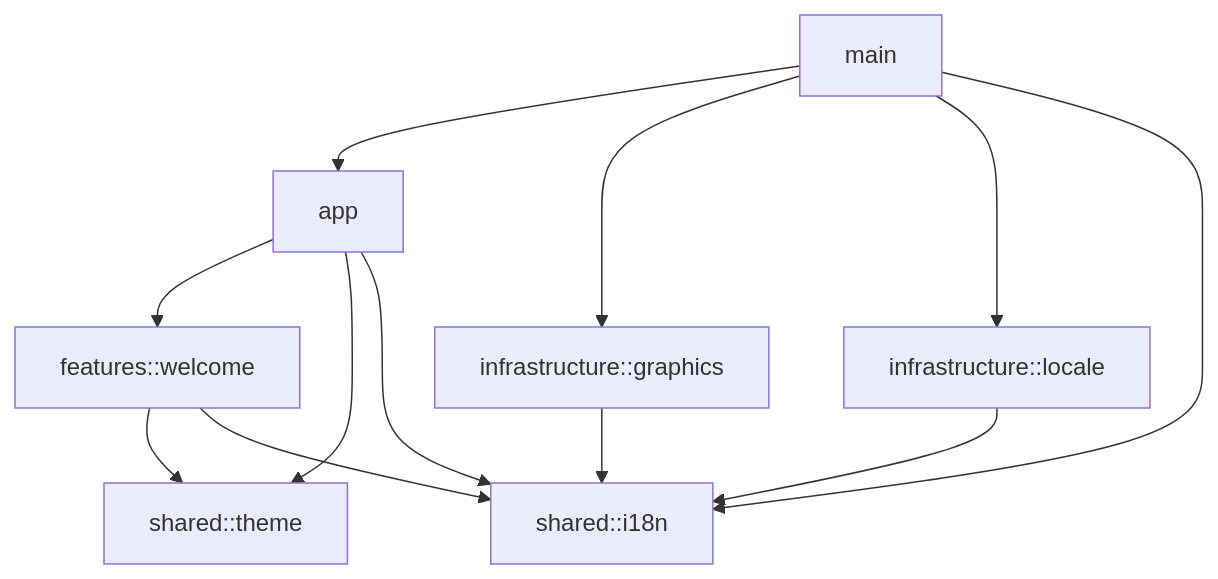
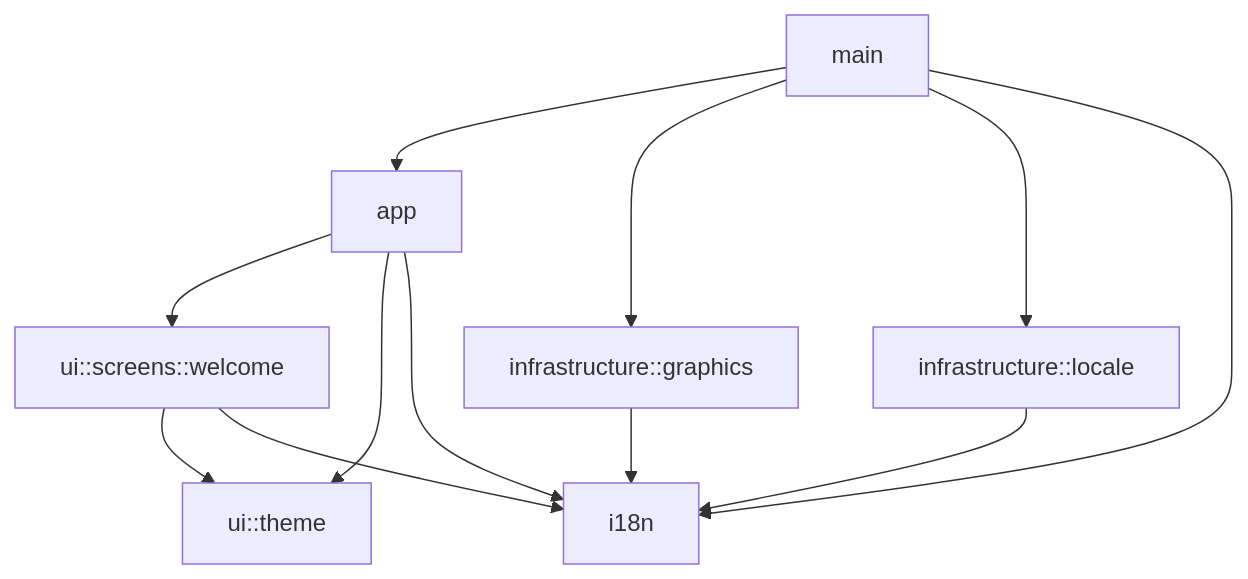
The diagram in docs/architecture.md (adametsderschopfer/lig), drawn with Mermaid before and after one commit. The commit also changed other lines of this file and 24 other files, not shown here.

````diff
--- a/docs/architecture.md
+++ b/docs/architecture.md
@@ -25,14 +49,14 @@
 ```mermaid
 flowchart TD
     Main[main] --> App[app]
     Main --> Graphics[infrastructure::graphics]
-    App --> Welcome[features::welcome]
-    App --> Theme[shared::theme]
+    Main --> Locale[infrastructure::locale]
+    Main --> I18n[i18n]
+    App --> Welcome[ui::screens::welcome]
+    App --> Theme[ui::theme]
+    App --> I18n
     Welcome --> Theme
-    Main --> Locale[infrastructure::locale]
-    Main --> I18n[shared::i18n]
+    Welcome --> I18n
     Locale --> I18n
-    App --> I18n
-    Welcome --> I18n
     Graphics --> I18n
 ```
````
